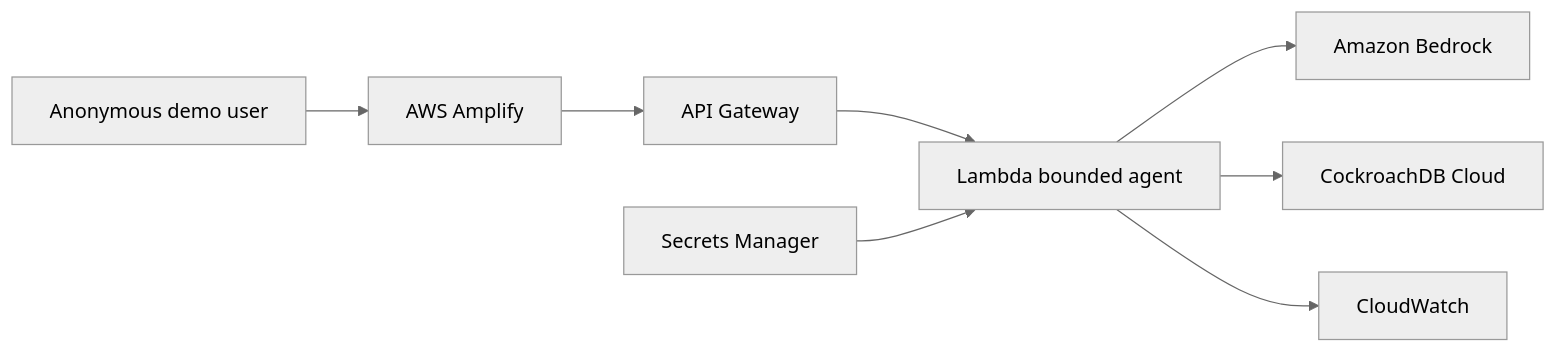
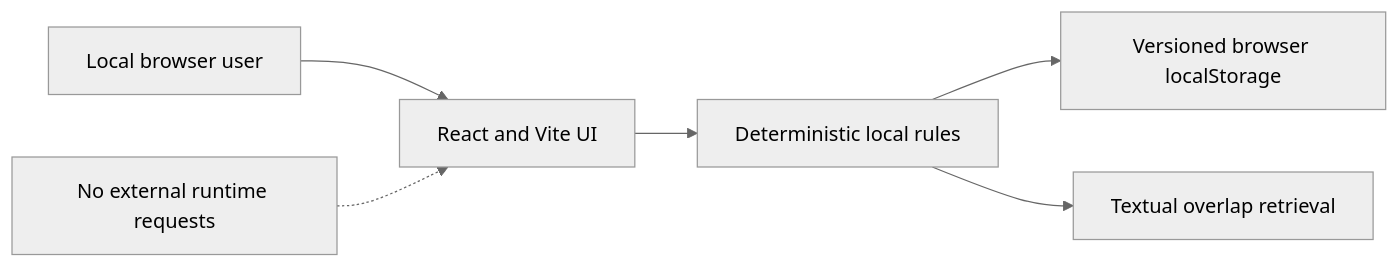
The diagram in README.md (Luis195f/nurmanos-agentic-memory), drawn with Mermaid (neutral theme) before and after one commit. The commit also changed other lines of this file and 17 other files, not shown here.

Commit message:
feat: add zero-cost local demo mode

````diff
--- a/README.md
+++ b/README.md
@@ -26,10 +80,8 @@
 ```mermaid
 flowchart LR
-  U["Anonymous demo user"] --> A["AWS Amplify"]
-  A --> G["API Gateway"]
-  G --> L["Lambda bounded agent"]
-  L --> B["Amazon Bedrock"]
-  L --> C["CockroachDB Cloud"]
-  S["Secrets Manager"] --> L
-  L --> W["CloudWatch"]
+  U["Local browser user"] --> V["React and Vite UI"]
+  V --> R["Deterministic local rules"]
+  R --> S["Versioned browser localStorage"]
+  R --> T["Textual overlap retrieval"]
+  X["No external runtime requests"] -.-> V
 ```
````
